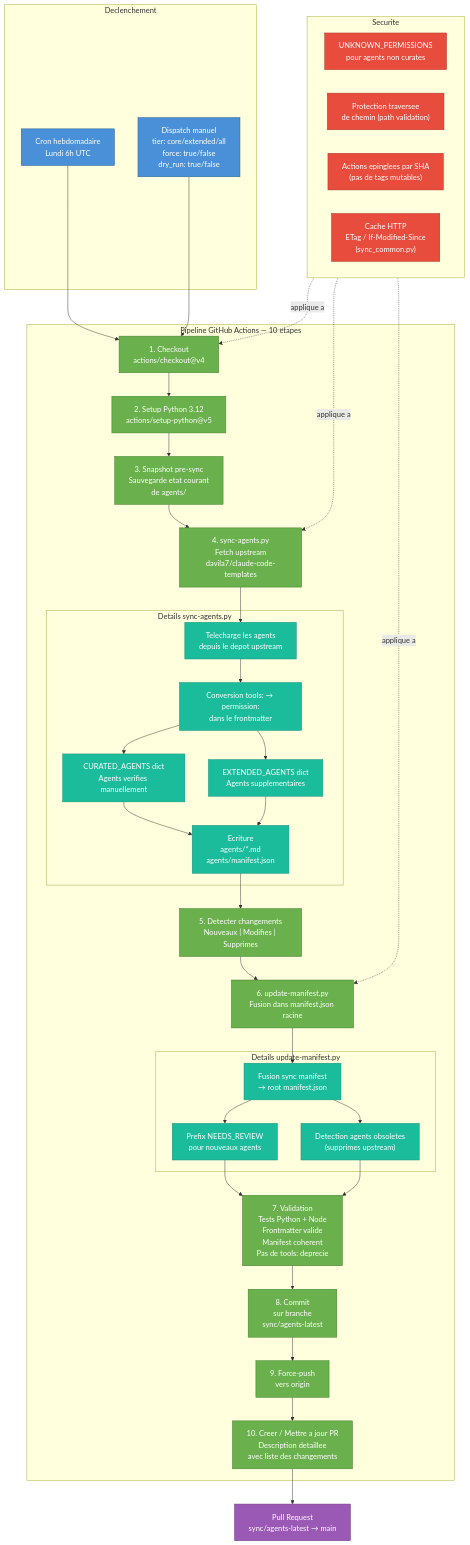
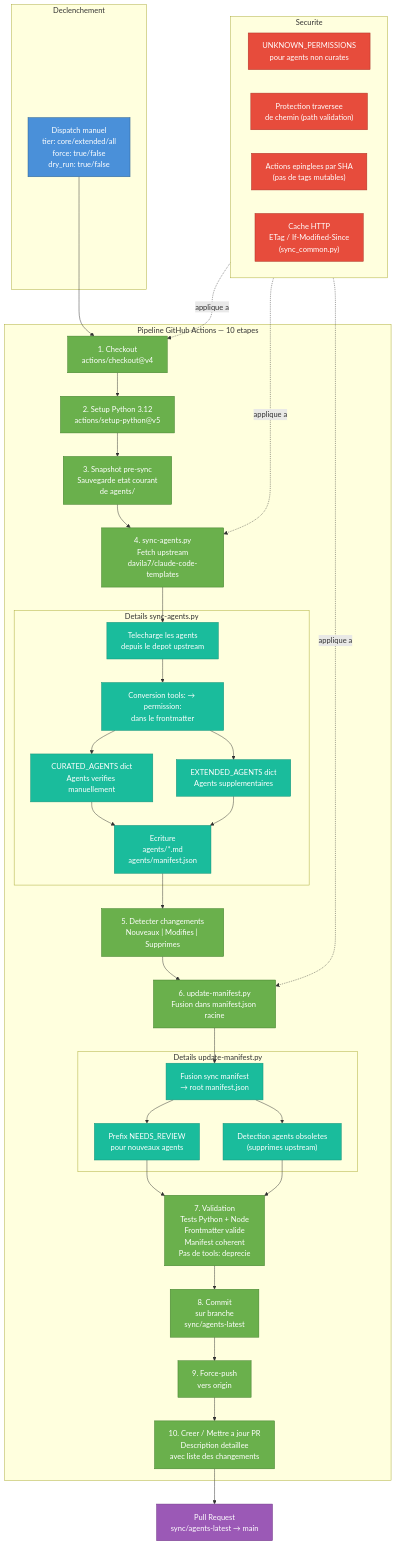
The third of 3 diagrams in docs/architecture.md (dmicheneau/opencode-template-agent), drawn with Mermaid before and after one commit. The commit also changed other lines of this file and 3 other files, not shown here.

````diff
--- a/docs/architecture.md
+++ b/docs/architecture.md
@@ -204,7 +207,6 @@
 ```mermaid
 flowchart TB
     subgraph Trigger["Declenchement"]
-        Cron["Cron hebdomadaire<br/>Lundi 6h UTC"]
         Manual["Dispatch manuel<br/>tier: core/extended/all<br/>force: true/false<br/>dry_run: true/false"]
     end
 
@@ -246,7 +248,6 @@
 
     PR["Pull Request<br/>sync/agents-latest → main"]
 
-    Cron --> Step1
     Manual --> Step1
     Step1 --> Step2
     Step2 --> Step3
@@ -279,7 +280,7 @@
     classDef security fill:#e74c3c,stroke:#a93226,color:#fff
     classDef output fill:#9b59b6,stroke:#6c3483,color:#fff
 
-    class Cron,Manual trigger
+    class Manual trigger
     class Step1,Step2,Step3,Step4,Step5,Step6,Step7,Step8,Step9,Step10 step
     class Fetch,Convert,Curated,Extended,WriteFiles,Merge,Review,Stale detail
     class Unknown,PathCheck,SHA,Cache security
````
